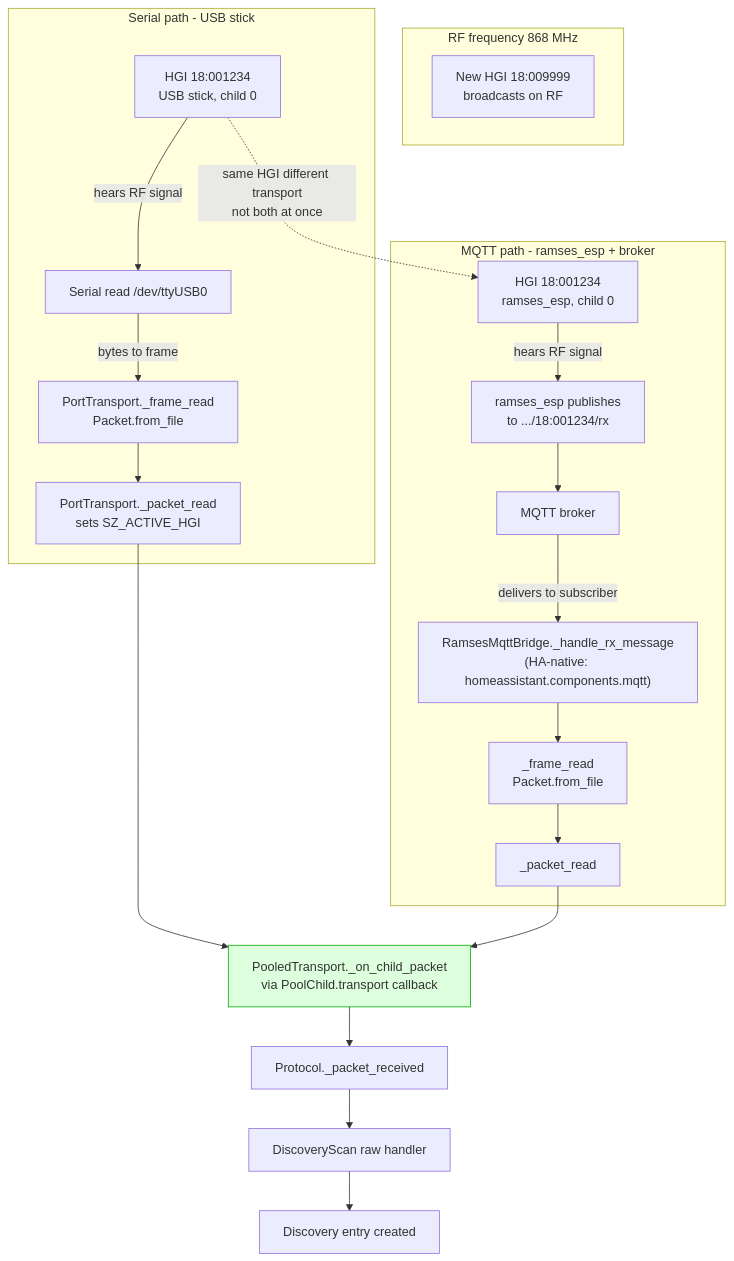
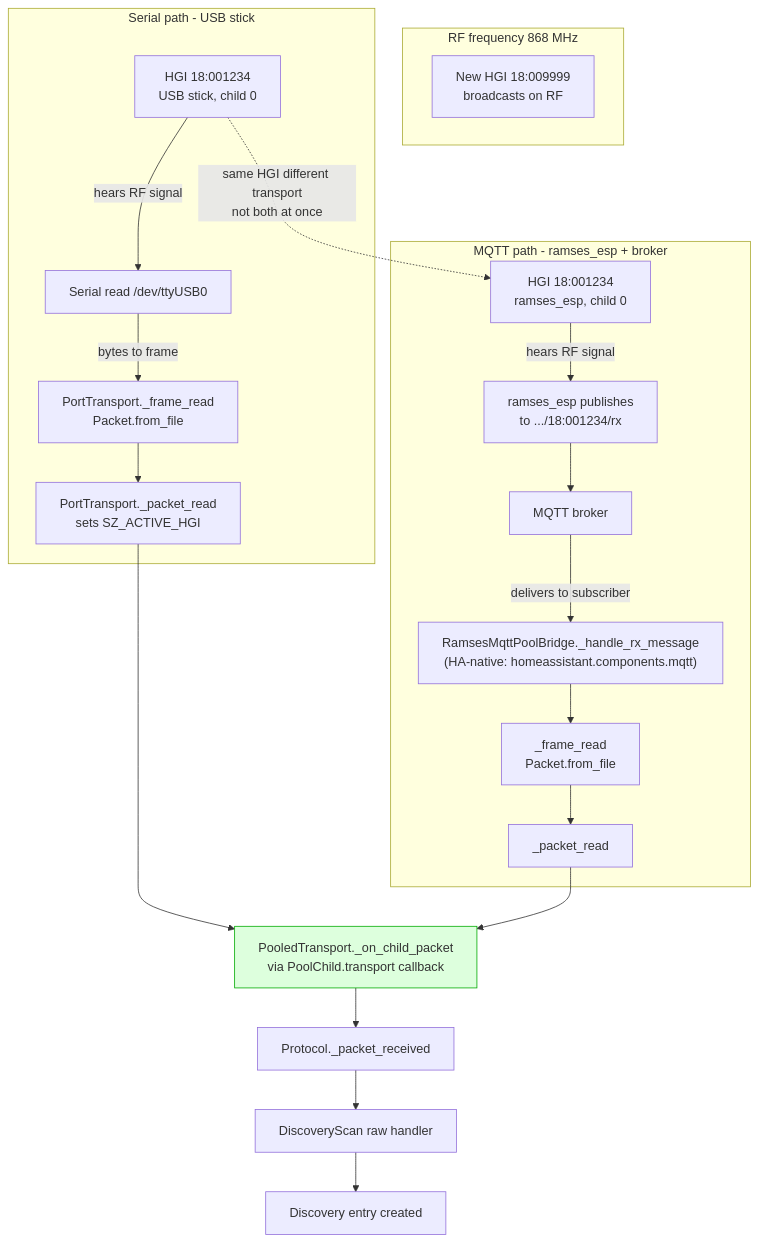
One commit to silverailscolo/ramses_cc changed the diagram in docs/diagrams/03b_transport_transparency.md. Above: the diagram before and after it, drawn with Mermaid. The commit also changed other lines of this file and 6 other files, not shown here.

First line of the commit message:
docs: improve diagram color contrast, fix dedup key and puzzle code

````diff
--- a/docs/diagrams/03b_transport_transparency.md
+++ b/docs/diagrams/03b_transport_transparency.md
@@ -3,33 +3,33 @@
 ```mermaid
 flowchart TD
     subgraph RF["RF frequency 868 MHz"]
         NewHGI["New HGI 18:009999<br/>broadcasts on RF"]
     end
 
     subgraph SerialPath["Serial path - USB stick"]
         USB["HGI 18:001234<br/>USB stick, child 0"]
         USB -->|"hears RF signal"| SerialRx["Serial read /dev/ttyUSB0"]
         SerialRx -->|"bytes to frame"| PortFrame["PortTransport._frame_read<br/>Packet.from_file"]
         PortFrame --> PortPkt["PortTransport._packet_read<br/>sets SZ_ACTIVE_HGI"]
     end
 
     subgraph MqttPath["MQTT path - ramses_esp + broker"]
         ESP["HGI 18:001234<br/>ramses_esp, child 0"]
         ESP -->|"hears RF signal"| EspPub["ramses_esp publishes<br/>to .../18:001234/rx"]
         EspPub --> Broker["MQTT broker"]
-        Broker -->|"delivers to subscriber"| MqttSub["RamsesMqttBridge._handle_rx_message<br/>(HA-native: homeassistant.components.mqtt)"]
+        Broker -->|"delivers to subscriber"| MqttSub["RamsesMqttPoolBridge._handle_rx_message<br/>(HA-native: homeassistant.components.mqtt)"]
         MqttSub --> MqttFrame["_frame_read<br/>Packet.from_file"]
         MqttFrame --> MqttPkt["_packet_read"]
     end
 
     USB -.->|"same HGI different transport<br/>not both at once"| ESP
 
     PortPkt --> Pool["PooledTransport._on_child_packet<br/>via PoolChild.transport callback"]
     MqttPkt --> Pool
 
     Pool --> Proto["Protocol._packet_received"]
     Proto --> Scan["DiscoveryScan raw handler"]
     Scan --> NewDev["Discovery entry created"]
 
     style Pool fill:#dfd,stroke:#0a0
 ```
````
